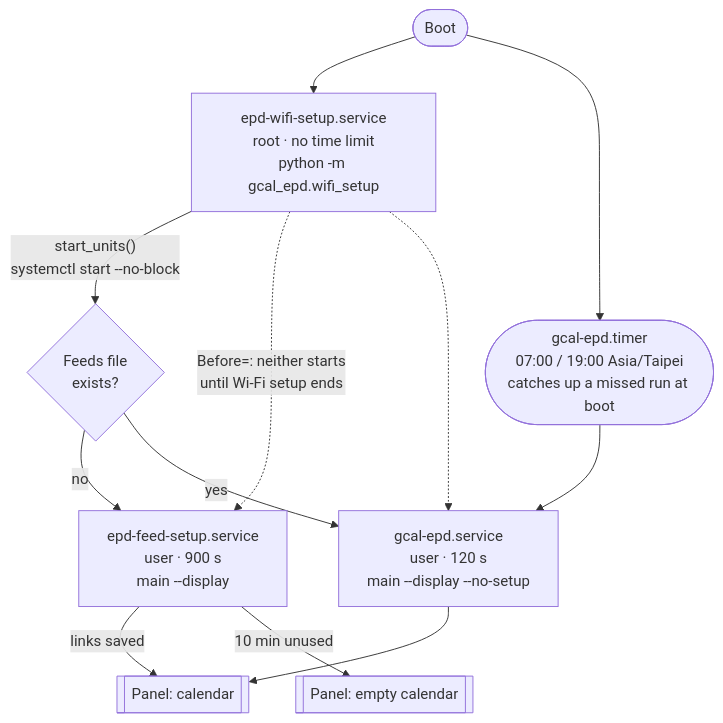
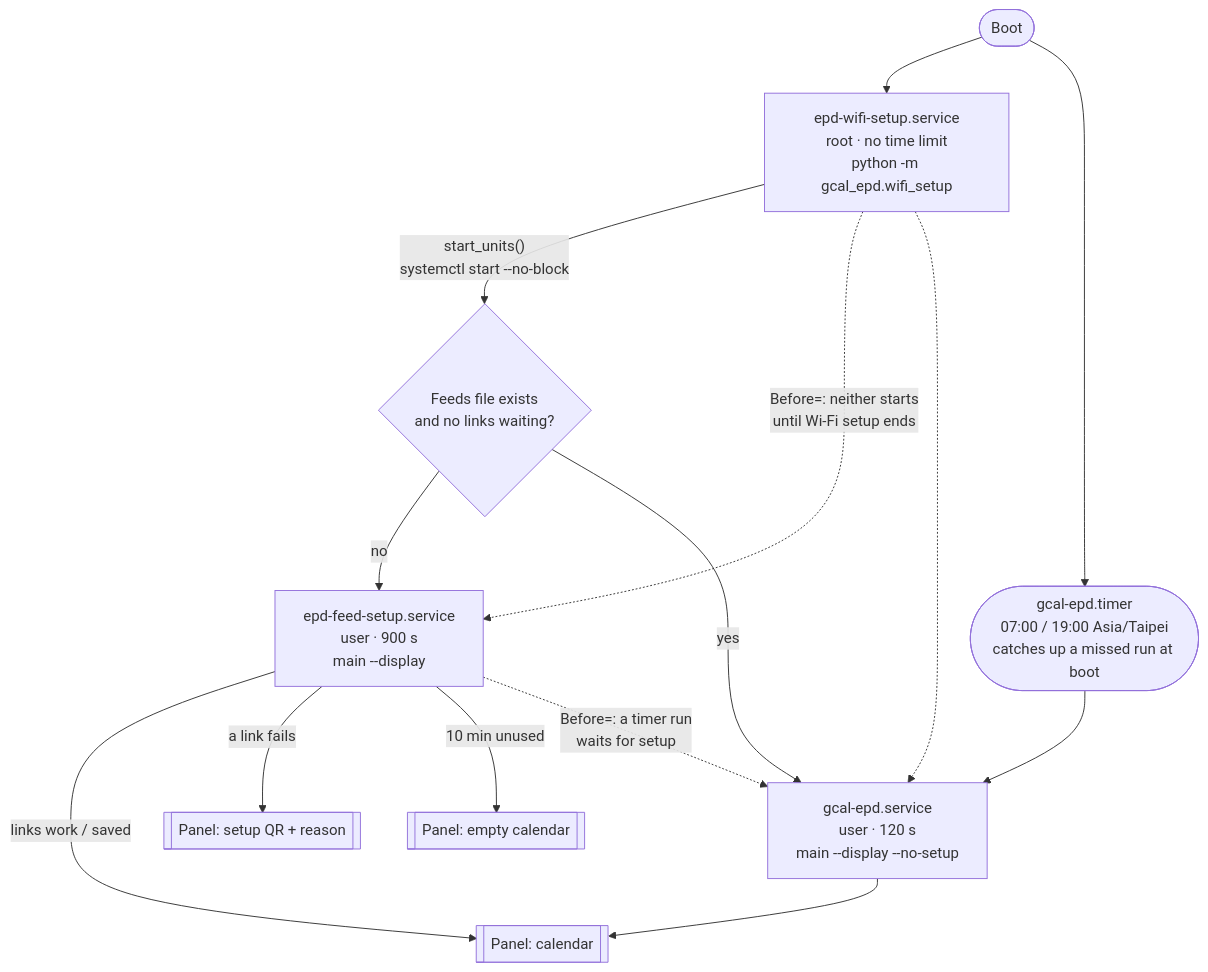
Before and after one commit to ShengKai234/google-calendar-api: the third of 6 diagrams in docs/ARCHITECTURE.md, drawn with Mermaid. The commit also changed other lines of this file and 5 other files, not shown here.

````diff
--- a/docs/ARCHITECTURE.md
+++ b/docs/ARCHITECTURE.md
@@ -126,14 +131,16 @@
 ```mermaid
 flowchart TB
   BOOT(["Boot"]) --> W["epd-wifi-setup.service<br/>root · no time limit<br/>python -m gcal_epd.wifi_setup"]
   BOOT --> TIMER
-  W -->|"start_units()<br/>systemctl start --no-block"| COND{"Feeds file<br/>exists?"}
+  W -->|"start_units()<br/>systemctl start --no-block"| COND{"Feeds file exists<br/>and no links waiting?"}
   COND -->|"no"| F["epd-feed-setup.service<br/>user · 900 s<br/>main --display"]
   COND -->|"yes"| G["gcal-epd.service<br/>user · 120 s<br/>main --display --no-setup"]
   TIMER(["gcal-epd.timer<br/>07:00 / 19:00 Asia/Taipei<br/>catches up a missed run at boot"]) --> G
-  F -->|"links saved"| PANEL[["Panel: calendar"]]
+  F -->|"links work / saved"| PANEL[["Panel: calendar"]]
+  F -->|"a link fails"| ERRQ[["Panel: setup QR + reason"]]
   F -->|"10 min unused"| EMPTY[["Panel: empty calendar"]]
   G --> PANEL
   W -.->|"Before=: neither starts<br/>until Wi-Fi setup ends"| F
   W -.-> G
+  F -.->|"Before=: a timer run<br/>waits for setup"| G
 ```
````
